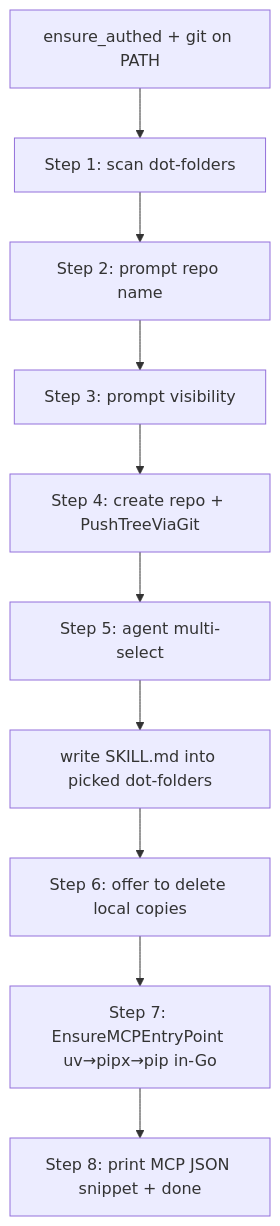
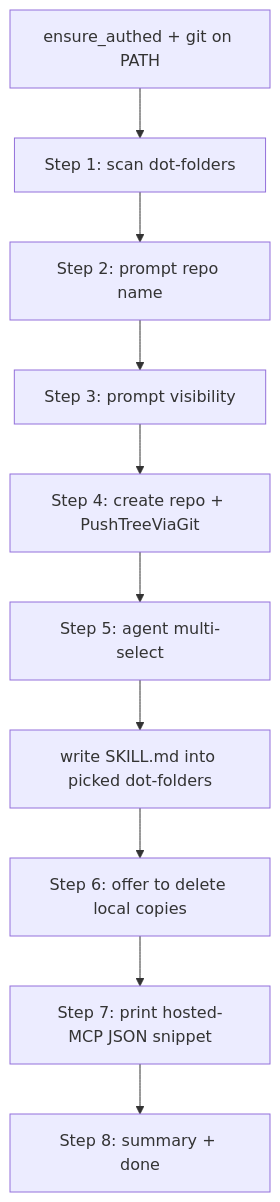
One commit to nikships/skills-registry changed the second of 3 diagrams in docs/registry.md. Above: the diagram before and after it, drawn with Mermaid. The commit also changed other lines of this file and 51 other files, not shown here.

First line of the commit message:
refactor: collapse to hosted-MCP-only flow

````diff
--- a/docs/registry.md
+++ b/docs/registry.md
@@ -66,12 +79,12 @@
 ```mermaid
 flowchart TD
   A[ensure_authed + git on PATH] --> B[Step 1: scan dot-folders]
   B --> C[Step 2: prompt repo name]
   C --> D[Step 3: prompt visibility]
   D --> E[Step 4: create repo + PushTreeViaGit]
   E --> F[Step 5: agent multi-select]
   F --> G[write SKILL.md into picked dot-folders]
   G --> H[Step 6: offer to delete local copies]
-  H --> I[Step 7: EnsureMCPEntryPoint <br>uv→pipx→pip in-Go]
-  I --> J[Step 8: print MCP JSON snippet + done]
+  H --> I[Step 7: print hosted-MCP JSON snippet]
+  I --> J[Step 8: summary + done]
 ```
````
